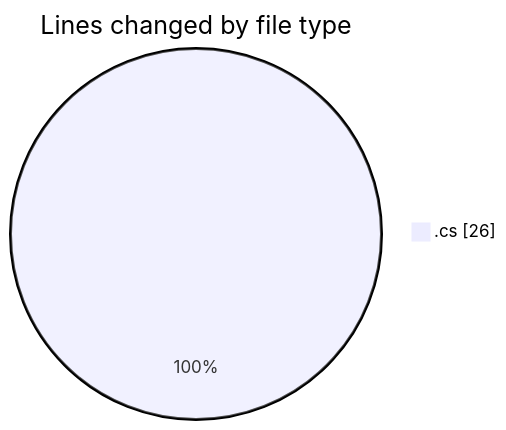
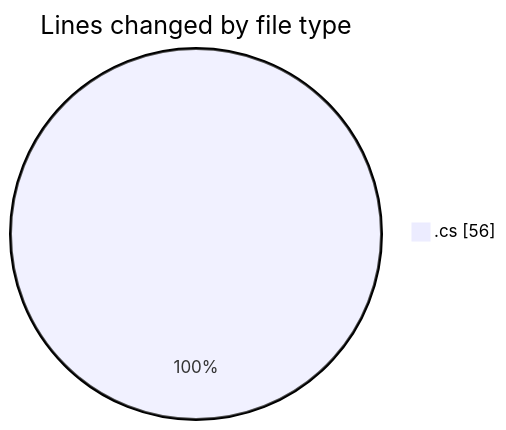
The first of 2 diagrams in 2025-04-02/back-end/README.md (Netris89/code-tracking), drawn with Mermaid before and after one commit. The commit also changed other lines of this file and 1 other file, not shown here.

````diff
--- a/2025-04-02/back-end/README.md
+++ b/2025-04-02/back-end/README.md
@@ -20,5 +20,5 @@
 ```mermaid
 pie showData
 title Lines changed by file type
-".cs" : 26
+".cs" : 56
 ```
````
